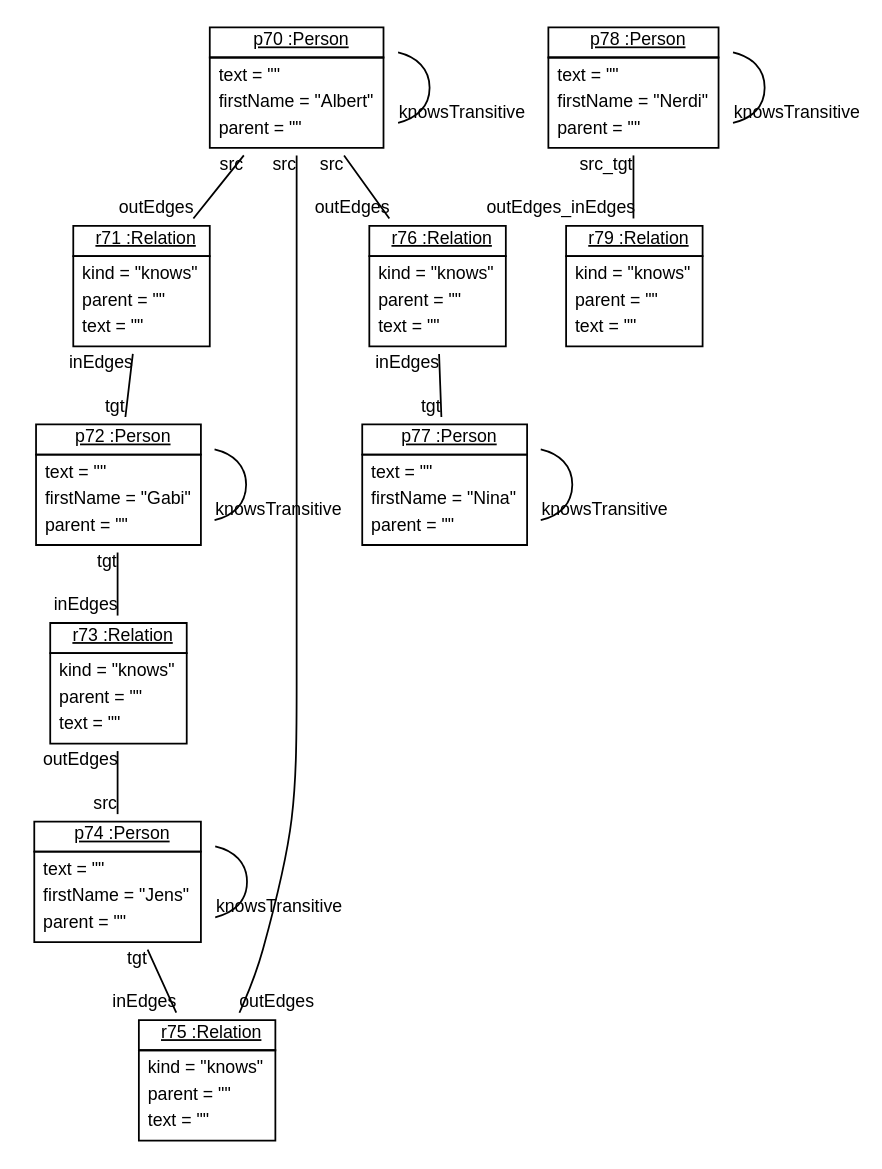
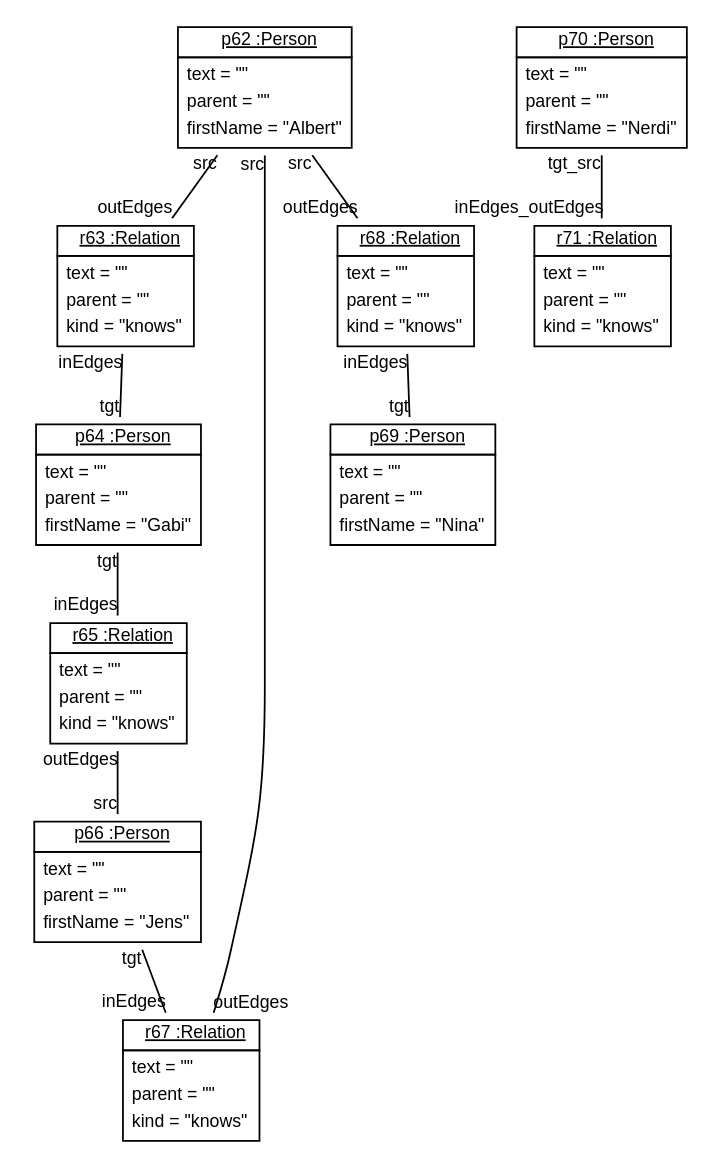
The diagram in doc/BanfM2MTransformation26.dot (fujaba/SDMLib), drawn with Graphviz before and after one commit. The commit also changed 150 other files, not shown here.

```diff
--- a/doc/BanfM2MTransformation26.dot
+++ b/doc/BanfM2MTransformation26.dot
@@ -1,31 +1,26 @@
 graph ObjectDiagram {
    node [shape = none, fontsize = 10, fontname = "Arial"];
    edge [fontsize = 10, fontname = "Arial"];
    compound=true;
 
-p70 [label=<<table border='0' cellborder='1' cellspacing='0'> <tr> <td href="../examples/org/sdmlib/examples/m2m/Person.java"> <u>p70 :Person</u></td></tr><tr><td><table border='0' cellborder='0' cellspacing='0'><tr><td align='left'>text = ""</td></tr><tr><td align='left'>firstName = "Albert"</td></tr><tr><td align='left'>parent = ""</td></tr></table></td></tr></table>>];
-r71 [label=<<table border='0' cellborder='1' cellspacing='0'> <tr> <td href="../examples/org/sdmlib/examples/m2m/Relation.java"> <u>r71 :Relation</u></td></tr><tr><td><table border='0' cellborder='0' cellspacing='0'><tr><td align='left'>kind = "knows"</td></tr><tr><td align='left'>parent = ""</td></tr><tr><td align='left'>text = ""</td></tr></table></td></tr></table>>];
-p72 [label=<<table border='0' cellborder='1' cellspacing='0'> <tr> <td href="../examples/org/sdmlib/examples/m2m/Person.java"> <u>p72 :Person</u></td></tr><tr><td><table border='0' cellborder='0' cellspacing='0'><tr><td align='left'>text = ""</td></tr><tr><td align='left'>firstName = "Gabi"</td></tr><tr><td align='left'>parent = ""</td></tr></table></td></tr></table>>];
-r73 [label=<<table border='0' cellborder='1' cellspacing='0'> <tr> <td href="../examples/org/sdmlib/examples/m2m/Relation.java"> <u>r73 :Relation</u></td></tr><tr><td><table border='0' cellborder='0' cellspacing='0'><tr><td align='left'>kind = "knows"</td></tr><tr><td align='left'>parent = ""</td></tr><tr><td align='left'>text = ""</td></tr></table></td></tr></table>>];
-p74 [label=<<table border='0' cellborder='1' cellspacing='0'> <tr> <td href="../examples/org/sdmlib/examples/m2m/Person.java"> <u>p74 :Person</u></td></tr><tr><td><table border='0' cellborder='0' cellspacing='0'><tr><td align='left'>text = ""</td></tr><tr><td align='left'>firstName = "Jens"</td></tr><tr><td align='left'>parent = ""</td></tr></table></td></tr></table>>];
-r75 [label=<<table border='0' cellborder='1' cellspacing='0'> <tr> <td href="../examples/org/sdmlib/examples/m2m/Relation.java"> <u>r75 :Relation</u></td></tr><tr><td><table border='0' cellborder='0' cellspacing='0'><tr><td align='left'>kind = "knows"</td></tr><tr><td align='left'>parent = ""</td></tr><tr><td align='left'>text = ""</td></tr></table></td></tr></table>>];
-r76 [label=<<table border='0' cellborder='1' cellspacing='0'> <tr> <td href="../examples/org/sdmlib/examples/m2m/Relation.java"> <u>r76 :Relation</u></td></tr><tr><td><table border='0' cellborder='0' cellspacing='0'><tr><td align='left'>kind = "knows"</td></tr><tr><td align='left'>parent = ""</td></tr><tr><td align='left'>text = ""</td></tr></table></td></tr></table>>];
-p77 [label=<<table border='0' cellborder='1' cellspacing='0'> <tr> <td href="../examples/org/sdmlib/examples/m2m/Person.java"> <u>p77 :Person</u></td></tr><tr><td><table border='0' cellborder='0' cellspacing='0'><tr><td align='left'>text = ""</td></tr><tr><td align='left'>firstName = "Nina"</td></tr><tr><td align='left'>parent = ""</td></tr></table></td></tr></table>>];
-p78 [label=<<table border='0' cellborder='1' cellspacing='0'> <tr> <td href="../examples/org/sdmlib/examples/m2m/Person.java"> <u>p78 :Person</u></td></tr><tr><td><table border='0' cellborder='0' cellspacing='0'><tr><td align='left'>text = ""</td></tr><tr><td align='left'>firstName = "Nerdi"</td></tr><tr><td align='left'>parent = ""</td></tr></table></td></tr></table>>];
-r79 [label=<<table border='0' cellborder='1' cellspacing='0'> <tr> <td href="../examples/org/sdmlib/examples/m2m/Relation.java"> <u>r79 :Relation</u></td></tr><tr><td><table border='0' cellborder='0' cellspacing='0'><tr><td align='left'>kind = "knows"</td></tr><tr><td align='left'>parent = ""</td></tr><tr><td align='left'>text = ""</td></tr></table></td></tr></table>>];
+p62 [label=<<table border='0' cellborder='1' cellspacing='0'> <tr> <td href="../examples/org/sdmlib/examples/m2m/model/Person.java"> <u>p62 :Person</u></td></tr><tr><td><table border='0' cellborder='0' cellspacing='0'><tr><td align='left'>text = ""</td></tr><tr><td align='left'>parent = ""</td></tr><tr><td align='left'>firstName = "Albert"</td></tr></table></td></tr></table>>];
+r63 [label=<<table border='0' cellborder='1' cellspacing='0'> <tr> <td href="../examples/org/sdmlib/examples/m2m/model/Relation.java"> <u>r63 :Relation</u></td></tr><tr><td><table border='0' cellborder='0' cellspacing='0'><tr><td align='left'>text = ""</td></tr><tr><td align='left'>parent = ""</td></tr><tr><td align='left'>kind = "knows"</td></tr></table></td></tr></table>>];
+p64 [label=<<table border='0' cellborder='1' cellspacing='0'> <tr> <td href="../examples/org/sdmlib/examples/m2m/model/Person.java"> <u>p64 :Person</u></td></tr><tr><td><table border='0' cellborder='0' cellspacing='0'><tr><td align='left'>text = ""</td></tr><tr><td align='left'>parent = ""</td></tr><tr><td align='left'>firstName = "Gabi"</td></tr></table></td></tr></table>>];
+r65 [label=<<table border='0' cellborder='1' cellspacing='0'> <tr> <td href="../examples/org/sdmlib/examples/m2m/model/Relation.java"> <u>r65 :Relation</u></td></tr><tr><td><table border='0' cellborder='0' cellspacing='0'><tr><td align='left'>text = ""</td></tr><tr><td align='left'>parent = ""</td></tr><tr><td align='left'>kind = "knows"</td></tr></table></td></tr></table>>];
+p66 [label=<<table border='0' cellborder='1' cellspacing='0'> <tr> <td href="../examples/org/sdmlib/examples/m2m/model/Person.java"> <u>p66 :Person</u></td></tr><tr><td><table border='0' cellborder='0' cellspacing='0'><tr><td align='left'>text = ""</td></tr><tr><td align='left'>parent = ""</td></tr><tr><td align='left'>firstName = "Jens"</td></tr></table></td></tr></table>>];
+r67 [label=<<table border='0' cellborder='1' cellspacing='0'> <tr> <td href="../examples/org/sdmlib/examples/m2m/model/Relation.java"> <u>r67 :Relation</u></td></tr><tr><td><table border='0' cellborder='0' cellspacing='0'><tr><td align='left'>text = ""</td></tr><tr><td align='left'>parent = ""</td></tr><tr><td align='left'>kind = "knows"</td></tr></table></td></tr></table>>];
+r68 [label=<<table border='0' cellborder='1' cellspacing='0'> <tr> <td href="../examples/org/sdmlib/examples/m2m/model/Relation.java"> <u>r68 :Relation</u></td></tr><tr><td><table border='0' cellborder='0' cellspacing='0'><tr><td align='left'>text = ""</td></tr><tr><td align='left'>parent = ""</td></tr><tr><td align='left'>kind = "knows"</td></tr></table></td></tr></table>>];
+p69 [label=<<table border='0' cellborder='1' cellspacing='0'> <tr> <td href="../examples/org/sdmlib/examples/m2m/model/Person.java"> <u>p69 :Person</u></td></tr><tr><td><table border='0' cellborder='0' cellspacing='0'><tr><td align='left'>text = ""</td></tr><tr><td align='left'>parent = ""</td></tr><tr><td align='left'>firstName = "Nina"</td></tr></table></td></tr></table>>];
+p70 [label=<<table border='0' cellborder='1' cellspacing='0'> <tr> <td href="../examples/org/sdmlib/examples/m2m/model/Person.java"> <u>p70 :Person</u></td></tr><tr><td><table border='0' cellborder='0' cellspacing='0'><tr><td align='left'>text = ""</td></tr><tr><td align='left'>parent = ""</td></tr><tr><td align='left'>firstName = "Nerdi"</td></tr></table></td></tr></table>>];
+r71 [label=<<table border='0' cellborder='1' cellspacing='0'> <tr> <td href="../examples/org/sdmlib/examples/m2m/model/Relation.java"> <u>r71 :Relation</u></td></tr><tr><td><table border='0' cellborder='0' cellspacing='0'><tr><td align='left'>text = ""</td></tr><tr><td align='left'>parent = ""</td></tr><tr><td align='left'>kind = "knows"</td></tr></table></td></tr></table>>];
 
-p70 -- r71 [headlabel = "outEdges" taillabel = "src"];
-p70 -- r76 [headlabel = "outEdges" taillabel = "src"];
-p70 -- r75 [headlabel = "outEdges" taillabel = "src"];
-p70 -- p70 [headlabel = "knowsTransitive" taillabel = ""];
-r71 -- p72 [headlabel = "tgt" taillabel = "inEdges"];
-p72 -- r73 [headlabel = "inEdges" taillabel = "tgt"];
-p72 -- p72 [headlabel = "knowsTransitive" taillabel = ""];
-r73 -- p74 [headlabel = "src" taillabel = "outEdges"];
-p74 -- r75 [headlabel = "inEdges" taillabel = "tgt"];
-p74 -- p74 [headlabel = "knowsTransitive" taillabel = ""];
-r76 -- p77 [headlabel = "tgt" taillabel = "inEdges"];
-p77 -- p77 [headlabel = "knowsTransitive" taillabel = ""];
-p78 -- r79 [headlabel = "outEdges_inEdges" taillabel = "src_tgt"];
-p78 -- p78 [headlabel = "knowsTransitive" taillabel = ""];
+p62 -- r63 [headlabel = "outEdges" taillabel = "src"];
+p62 -- r68 [headlabel = "outEdges" taillabel = "src"];
+p62 -- r67 [headlabel = "outEdges" taillabel = "src"];
+r63 -- p64 [headlabel = "tgt" taillabel = "inEdges"];
+p64 -- r65 [headlabel = "inEdges" taillabel = "tgt"];
+r65 -- p66 [headlabel = "src" taillabel = "outEdges"];
+p66 -- r67 [headlabel = "inEdges" taillabel = "tgt"];
+r68 -- p69 [headlabel = "tgt" taillabel = "inEdges"];
+p70 -- r71 [headlabel = "inEdges_outEdges" taillabel = "tgt_src"];
 }
```
